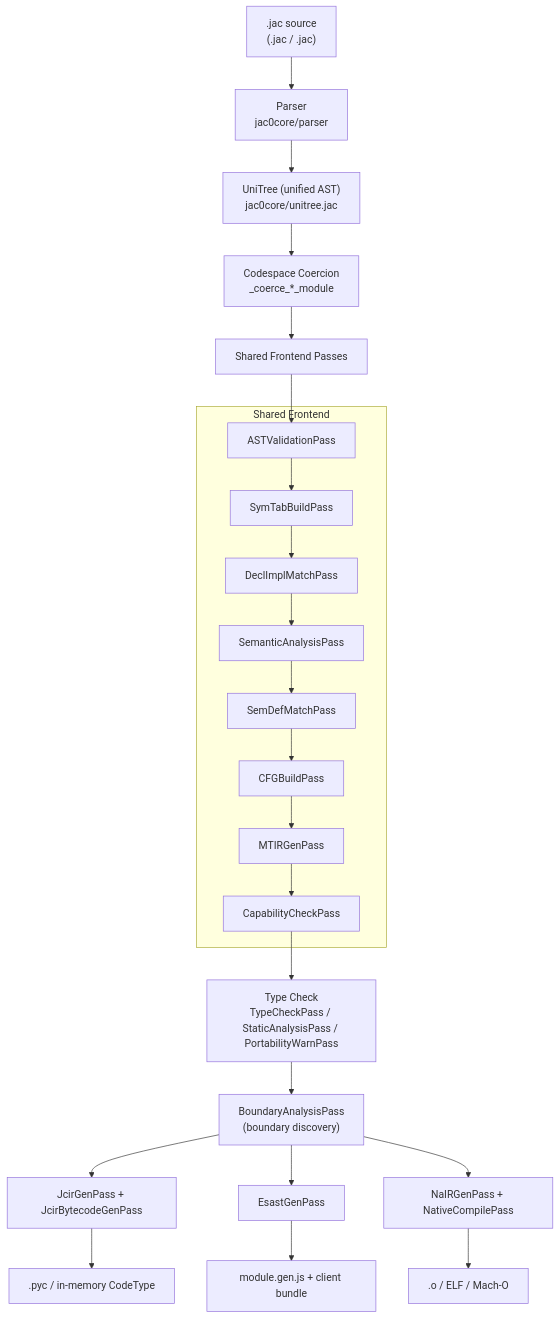
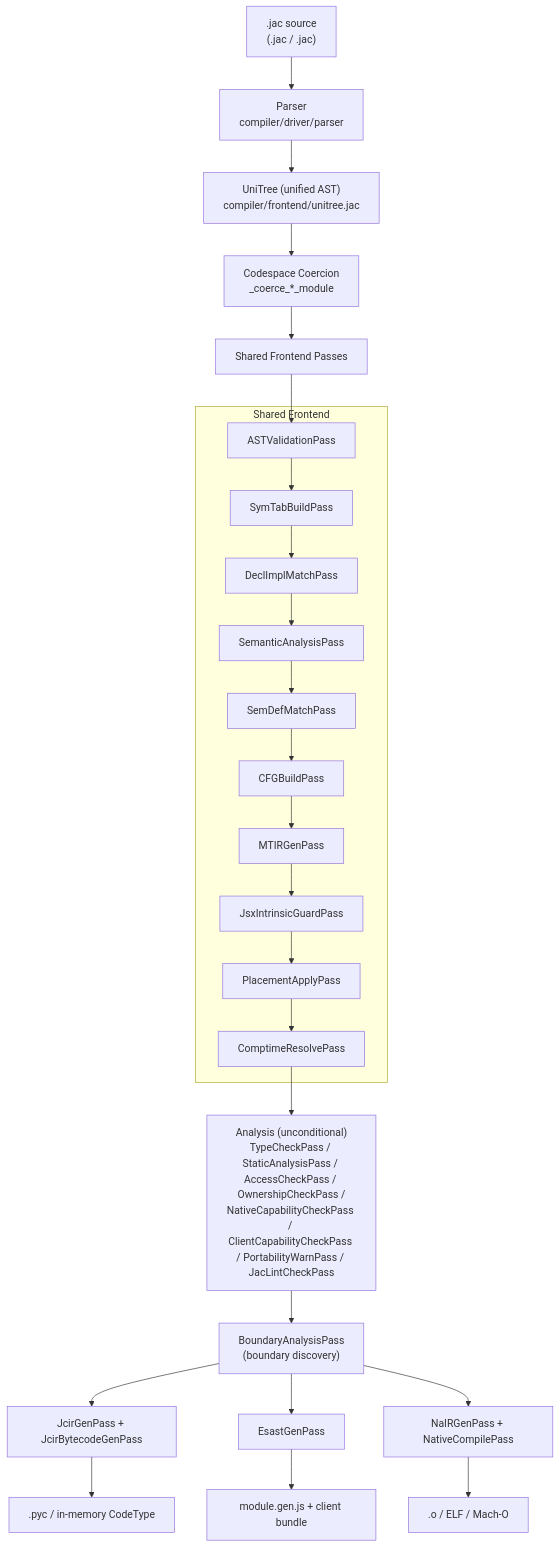
The second of 3 diagrams in jac/jaclang/cli/docs/internals/compiler_architecture.md (chess10kp/osprey), drawn with Mermaid before and after one commit. The commit also changed other lines of this file and 4140 other files, not shown here.

````diff
--- a/jac/jaclang/cli/docs/internals/compiler_architecture.md
+++ b/jac/jaclang/cli/docs/internals/compiler_architecture.md
@@ -98,29 +98,31 @@
 ```mermaid
 graph TD
-    SRC[".jac source<br/>(.jac / .jac)"] --> PARSE[Parser<br/>jac0core/parser]
-    PARSE --> UNI["UniTree (unified AST)<br/>jac0core/unitree.jac"]
+    SRC[".jac source<br/>(.jac / .jac)"] --> PARSE[Parser<br/>compiler/driver/parser]
+    PARSE --> UNI["UniTree (unified AST)<br/>compiler/frontend/unitree.jac"]
     UNI --> COERCE["Codespace Coercion<br/>_coerce_*_module"]
     COERCE --> FRONTEND[Shared Frontend Passes]
 
     subgraph FRONTEND_PASSES["Shared Frontend"]
         FE1[ASTValidationPass]
         FE2[SymTabBuildPass]
         FE3[DeclImplMatchPass]
         FE4[SemanticAnalysisPass]
         FE5[SemDefMatchPass]
         FE6[CFGBuildPass]
         FE7[MTIRGenPass]
-        FE8[CapabilityCheckPass]
+        FE8[JsxIntrinsicGuardPass]
+        FE9[PlacementApplyPass]
+        FE10[ComptimeResolvePass]
     end
 
-    FRONTEND --> FE1 --> FE2 --> FE3 --> FE4 --> FE5 --> FE6 --> FE7 --> FE8
-    FE8 --> TYPECK["Type Check<br/>TypeCheckPass / StaticAnalysisPass / PortabilityWarnPass"]
+    FRONTEND --> FE1 --> FE2 --> FE3 --> FE4 --> FE5 --> FE6 --> FE7 --> FE8 --> FE9 --> FE10
+    FE10 --> TYPECK["Analysis (unconditional)<br/>TypeCheckPass / StaticAnalysisPass / AccessCheckPass / OwnershipCheckPass /<br/>NativeCapabilityCheckPass / ClientCapabilityCheckPass / PortabilityWarnPass / JacLintCheckPass"]
     TYPECK --> INTEROP["BoundaryAnalysisPass<br/>(boundary discovery)"]
     INTEROP --> SV[JcirGenPass + JcirBytecodeGenPass]
     INTEROP --> CL[EsastGenPass]
     INTEROP --> NA[NaIRGenPass + NativeCompilePass]
 
     SV --> SVOUT[".pyc / in-memory CodeType"]
     CL --> CLOUT["module.gen.js + client bundle"]
     NA --> NAOUT[".o / ELF / Mach-O"]
 ```
````
